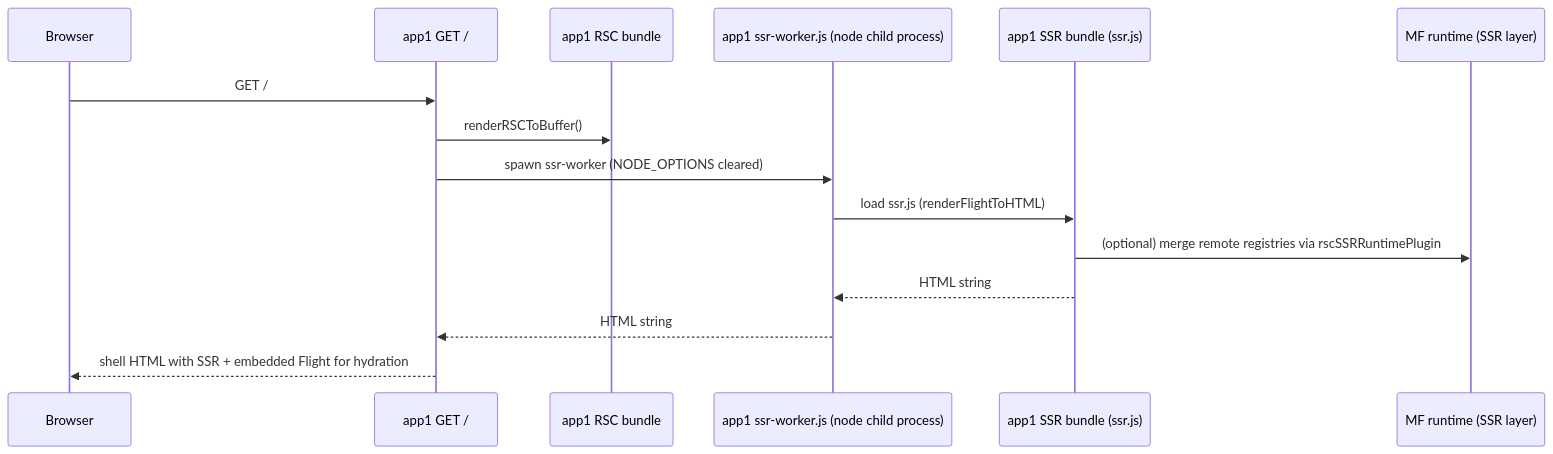
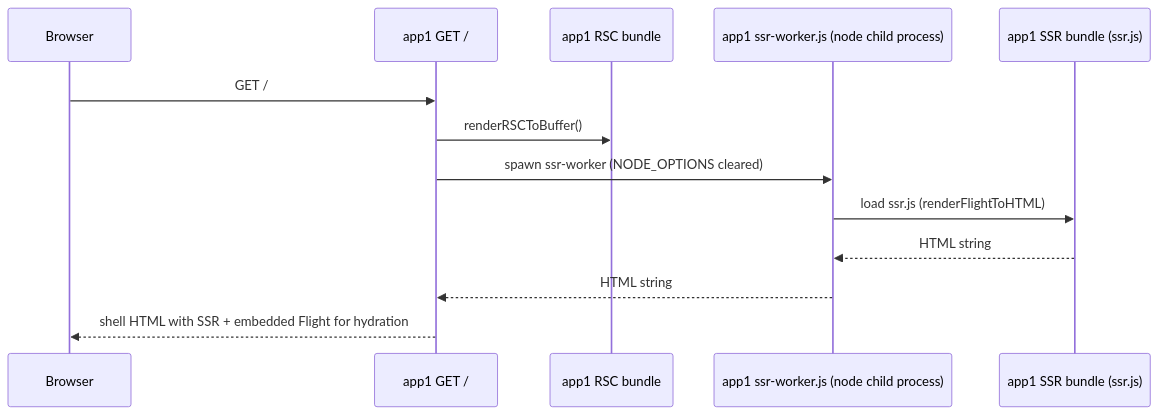
The fourth of 4 diagrams in RSC_MF_ARCHITECTURE.md (module-federation/core), drawn with Mermaid before and after one commit. The commit also changed other lines of this file and 4 other files, not shown here.

````diff
--- a/RSC_MF_ARCHITECTURE.md
+++ b/RSC_MF_ARCHITECTURE.md
@@ -238,18 +147,16 @@
 ```mermaid
 sequenceDiagram
   participant B as Browser
   participant H as app1 GET /
   participant R as app1 RSC bundle
   participant W as app1 ssr-worker.js (node child process)
   participant S as app1 SSR bundle (ssr.js)
-  participant MF as MF runtime (SSR layer)
 
   B->>H: GET /
   H->>R: renderRSCToBuffer()
   H->>W: spawn ssr-worker (NODE_OPTIONS cleared)
   W->>S: load ssr.js (renderFlightToHTML)
-  S->>MF: (optional) merge remote registries via rscSSRRuntimePlugin
   S-->>W: HTML string
   W-->>H: HTML string
   H-->>B: shell HTML with SSR + embedded Flight for hydration
 ```
````
